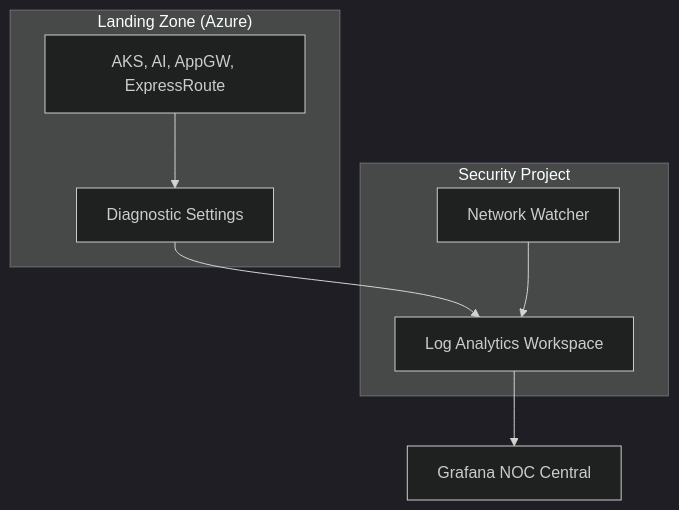
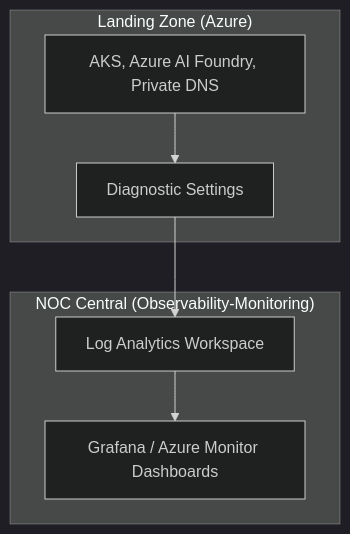
One commit to ravindrajob/CloudAzure changed the diagram in landingZone/Observability (Azure Monitor)/README.md. Above: the diagram before and after it, drawn with Mermaid (dark theme). The commit also changed other lines of this file, not shown here.

Commit message:
docs: finalisation de l'observabilité déportée avec schémas Mermaid et audits IA v2.3

````diff
--- a/landingZone/Observability (Azure Monitor)/README.md
+++ b/landingZone/Observability (Azure Monitor)/README.md
@@ -19,17 +14,16 @@
 ```mermaid
 graph TD
     subgraph "Landing Zone (Azure)"
-        Services[AKS, AI, AppGW, ExpressRoute]
+        Services[AKS, Azure AI Foundry, Private DNS]
         Diag[Diagnostic Settings]
     end
     
-    subgraph "Security Project"
+    subgraph "NOC Central (Observability-Monitoring)"
         LAW[Log Analytics Workspace]
-        Watcher[Network Watcher]
+        Dash[Grafana / Azure Monitor Dashboards]
     end
 
     Services --> Diag
     Diag --> LAW
-    Watcher --> LAW
-    LAW --> Grafana[Grafana NOC Central]
+    LAW --> Dash
 ```
````
